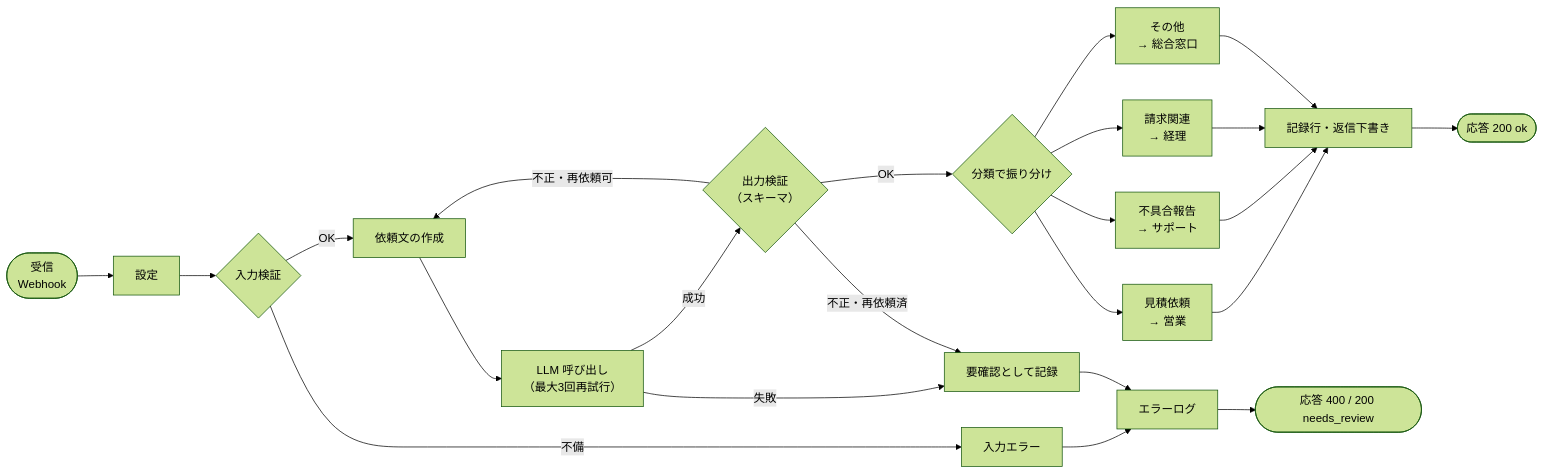
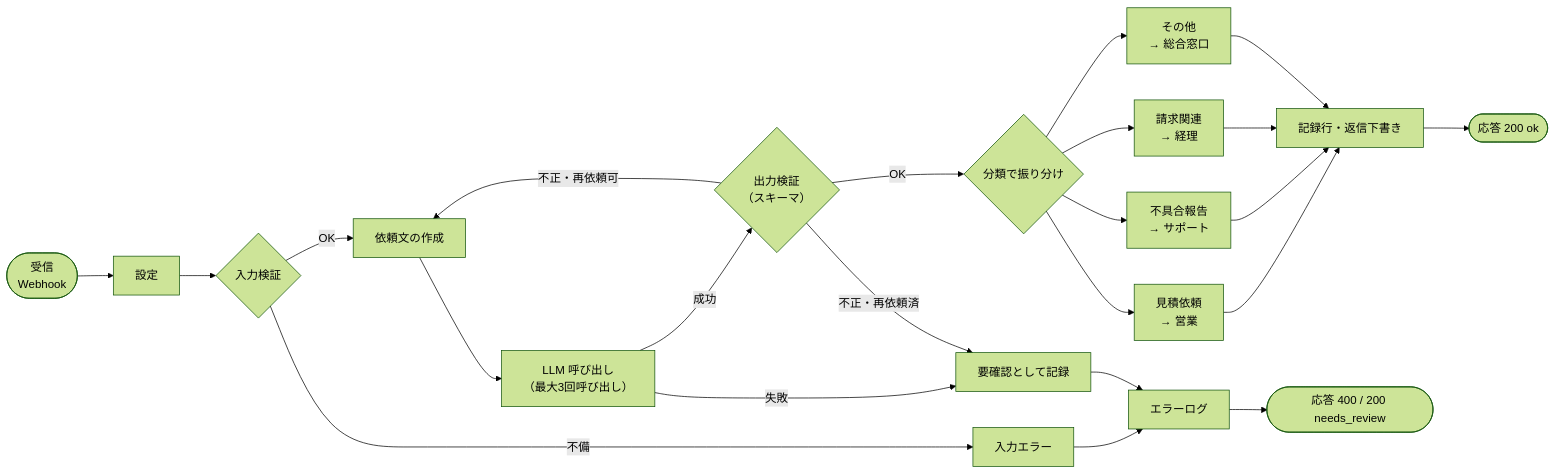
The diagram in README.md (takato-y/n8n-ai-mail-triage), drawn with Mermaid (forest theme) before and after one commit. The commit also changed 3 other files, not shown here.

````diff
--- a/README.md
+++ b/README.md
@@ -35,19 +35,19 @@
 ```mermaid
 flowchart LR
     A(["受信<br/>Webhook"]) --> B["設定"] --> C{"入力検証"}
-    C -->|"OK"| D["依頼文の作成"] --> E["LLM 呼び出し<br/>（最大3回再試行）"]
+    C -->|"OK"| D["依頼文の作成"] --> E["LLM 呼び出し<br/>（最大3回呼び出し）"]
     C -->|"不備"| X["入力エラー"]
     E -->|"成功"| F{"出力検証<br/>（スキーマ）"}
     E -->|"失敗"| Y["要確認として記録"]
     F -->|"不正・再依頼可"| D
     F -->|"不正・再依頼済"| Y
     F -->|"OK"| G{"分類で振り分け"}
     G --> H1["見積依頼<br/>→ 営業"]
     G --> H2["不具合報告<br/>→ サポート"]
     G --> H3["請求関連<br/>→ 経理"]
     G --> H4["その他<br/>→ 総合窓口"]
     H1 & H2 & H3 & H4 --> R["記録行・返信下書き"] --> OK(["応答 200 ok"])
     X --> L["エラーログ"]
     Y --> L
     L --> NG(["応答 400 / 200 needs_review"])
 ```
````
